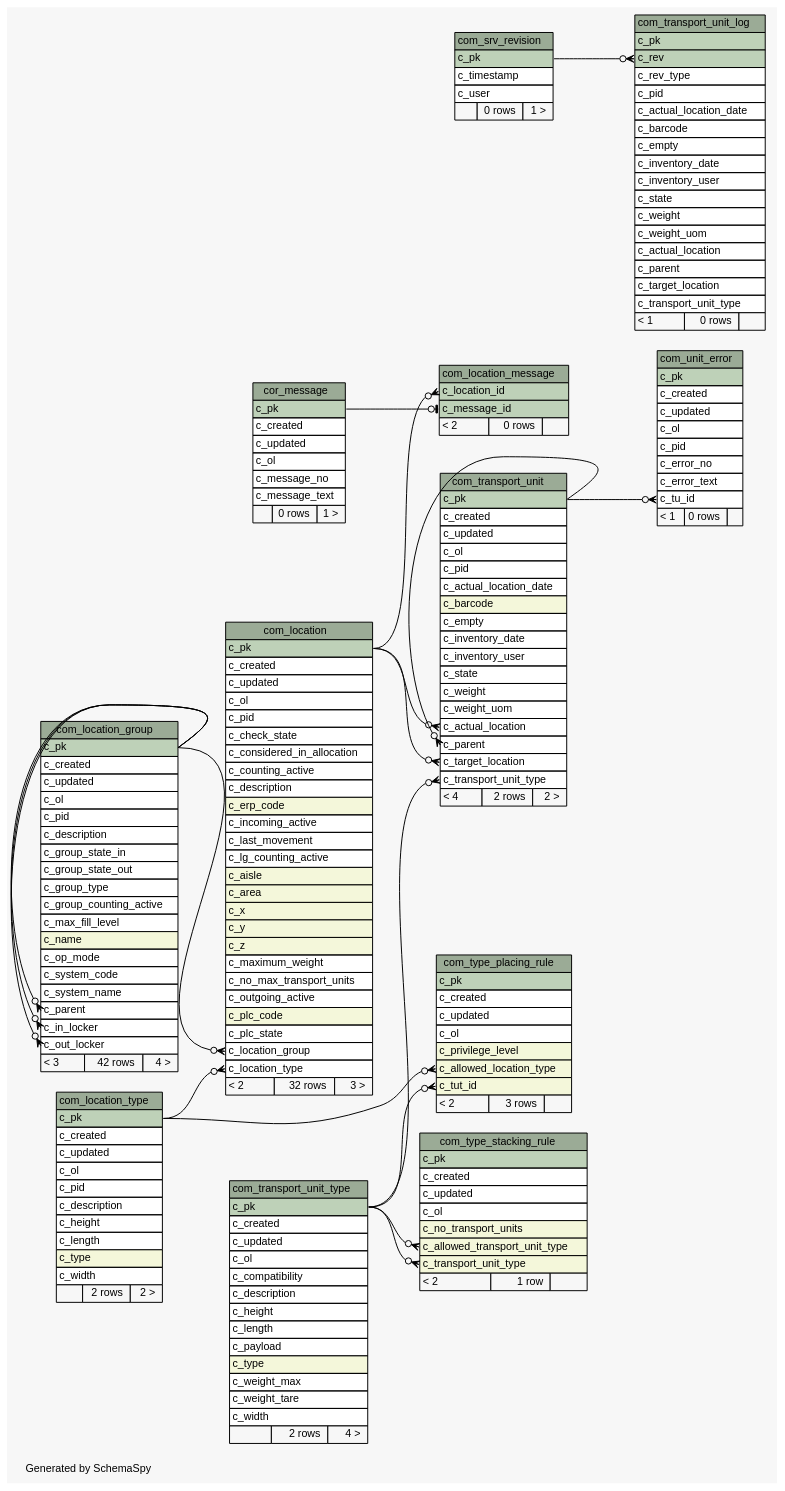
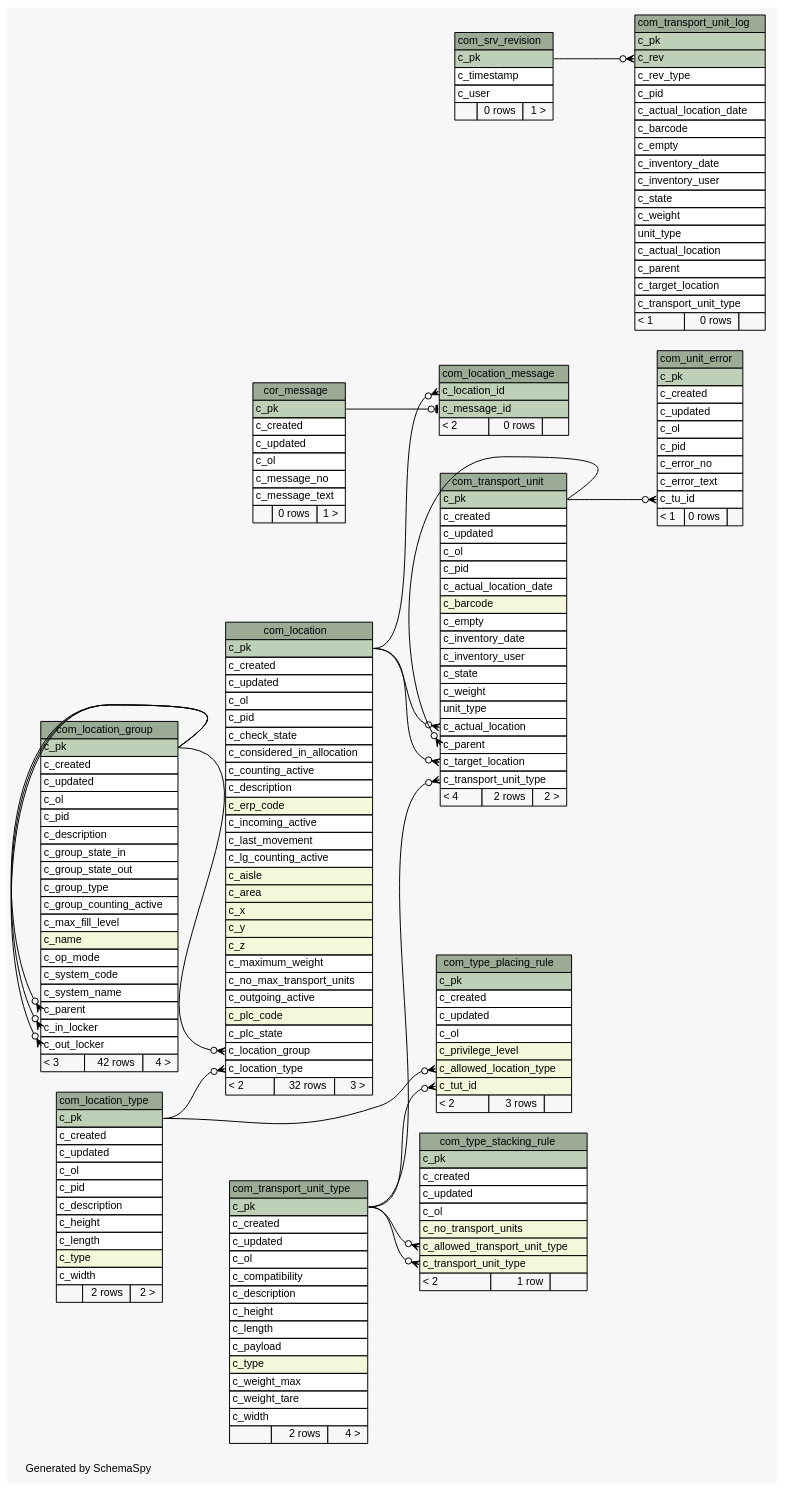
One commit to openwms/org.openwms.common.service.lib changed the diagram in schemaspy/diagrams/summary/relationships.real.large.dot. Above: the diagram before and after it, drawn with Graphviz. The commit also changed 936 other files, not shown here.

```diff
--- a/schemaspy/diagrams/summary/relationships.real.large.dot
+++ b/schemaspy/diagrams/summary/relationships.real.large.dot
@@ -138,7 +138,7 @@
       <TR><TD PORT="c_inventory_user" COLSPAN="3" ALIGN="LEFT">c_inventory_user</TD></TR>
       <TR><TD PORT="c_state" COLSPAN="3" ALIGN="LEFT">c_state</TD></TR>
       <TR><TD PORT="c_weight" COLSPAN="3" ALIGN="LEFT">c_weight</TD></TR>
-      <TR><TD PORT="c_weight_uom" COLSPAN="3" ALIGN="LEFT">c_weight_uom</TD></TR>
+      <TR><TD PORT="unit_type" COLSPAN="3" ALIGN="LEFT">unit_type</TD></TR>
       <TR><TD PORT="c_actual_location" COLSPAN="3" ALIGN="LEFT">c_actual_location</TD></TR>
       <TR><TD PORT="c_parent" COLSPAN="3" ALIGN="LEFT">c_parent</TD></TR>
       <TR><TD PORT="c_target_location" COLSPAN="3" ALIGN="LEFT">c_target_location</TD></TR>
@@ -163,7 +163,7 @@
       <TR><TD PORT="c_inventory_user" COLSPAN="3" ALIGN="LEFT">c_inventory_user</TD></TR>
       <TR><TD PORT="c_state" COLSPAN="3" ALIGN="LEFT">c_state</TD></TR>
       <TR><TD PORT="c_weight" COLSPAN="3" ALIGN="LEFT">c_weight</TD></TR>
-      <TR><TD PORT="c_weight_uom" COLSPAN="3" ALIGN="LEFT">c_weight_uom</TD></TR>
+      <TR><TD PORT="unit_type" COLSPAN="3" ALIGN="LEFT">unit_type</TD></TR>
       <TR><TD PORT="c_actual_location" COLSPAN="3" ALIGN="LEFT">c_actual_location</TD></TR>
       <TR><TD PORT="c_parent" COLSPAN="3" ALIGN="LEFT">c_parent</TD></TR>
       <TR><TD PORT="c_target_location" COLSPAN="3" ALIGN="LEFT">c_target_location</TD></TR>
```
